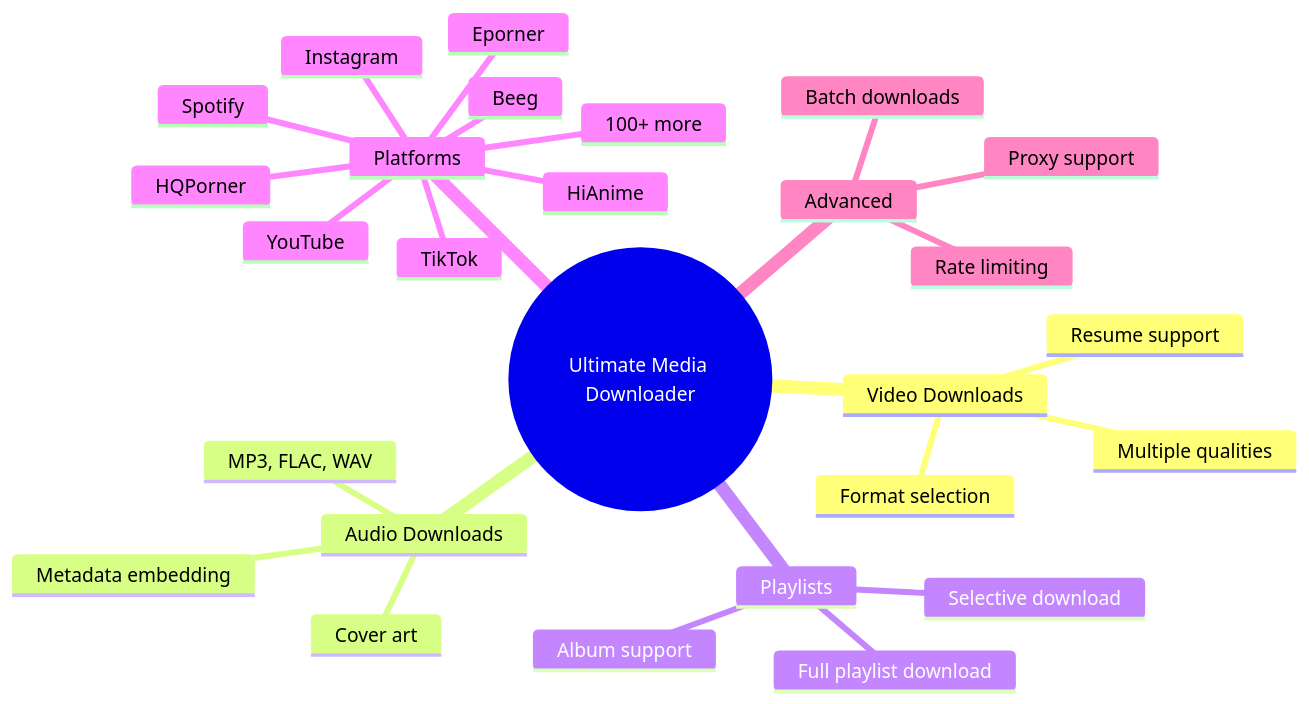
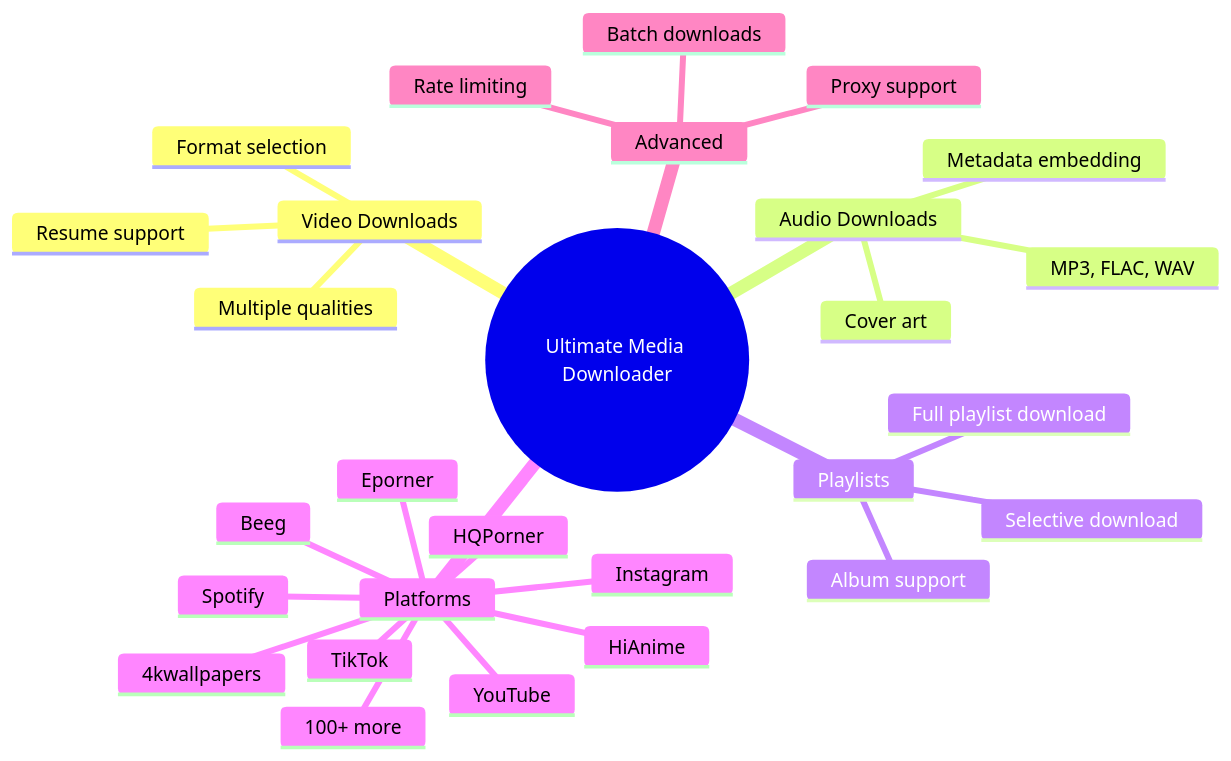
Before and after one commit to NK2552003/ULTIMATE-MEDIA-DOWNLOADER: the first of 2 diagrams in documentations/PROJECT_OVERVIEW.md, drawn with Mermaid. The commit also changed other lines of this file and 10 other files, not shown here.

````diff
--- a/documentations/PROJECT_OVERVIEW.md
+++ b/documentations/PROJECT_OVERVIEW.md
@@ -58,30 +58,31 @@
 ```mermaid
 mindmap
   root((Ultimate Media Downloader))
     Video Downloads
       Multiple qualities
       Format selection
       Resume support
     Audio Downloads
       MP3, FLAC, WAV
       Metadata embedding
       Cover art
     Playlists
       Full playlist download
       Selective download
       Album support
     Platforms
       YouTube
       Spotify
       Instagram
       TikTok
       HiAnime
       Eporner
       HQPorner
       Beeg
+      4kwallpapers
       100+ more
     Advanced
       Batch downloads
       Proxy support
       Rate limiting
 ```
````
